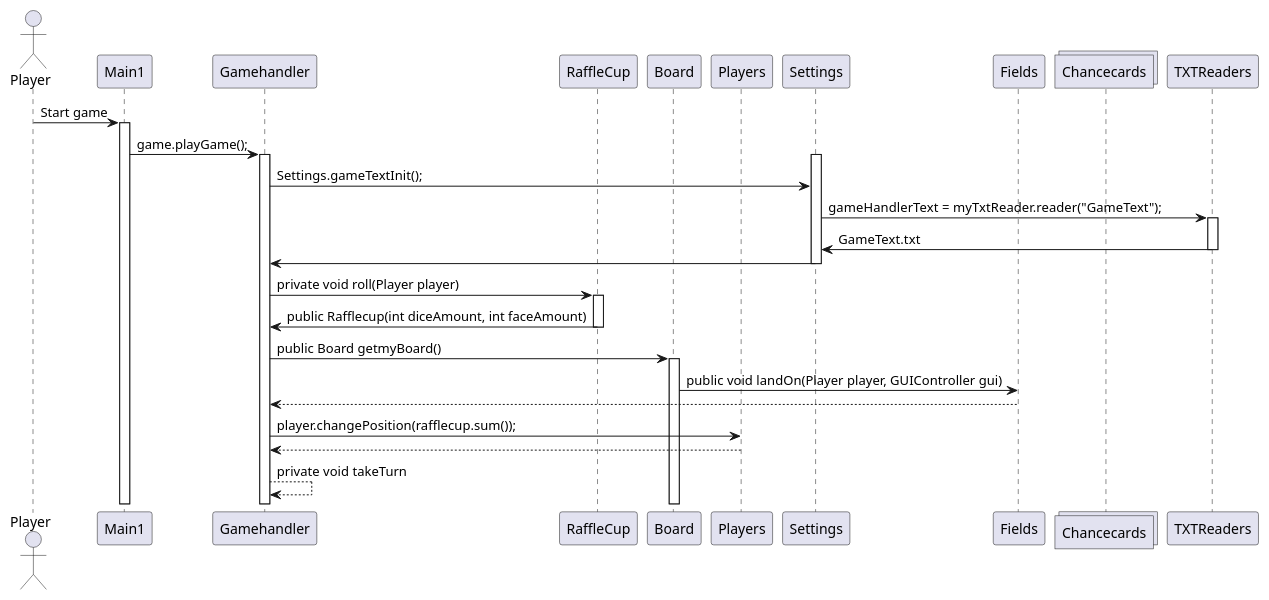
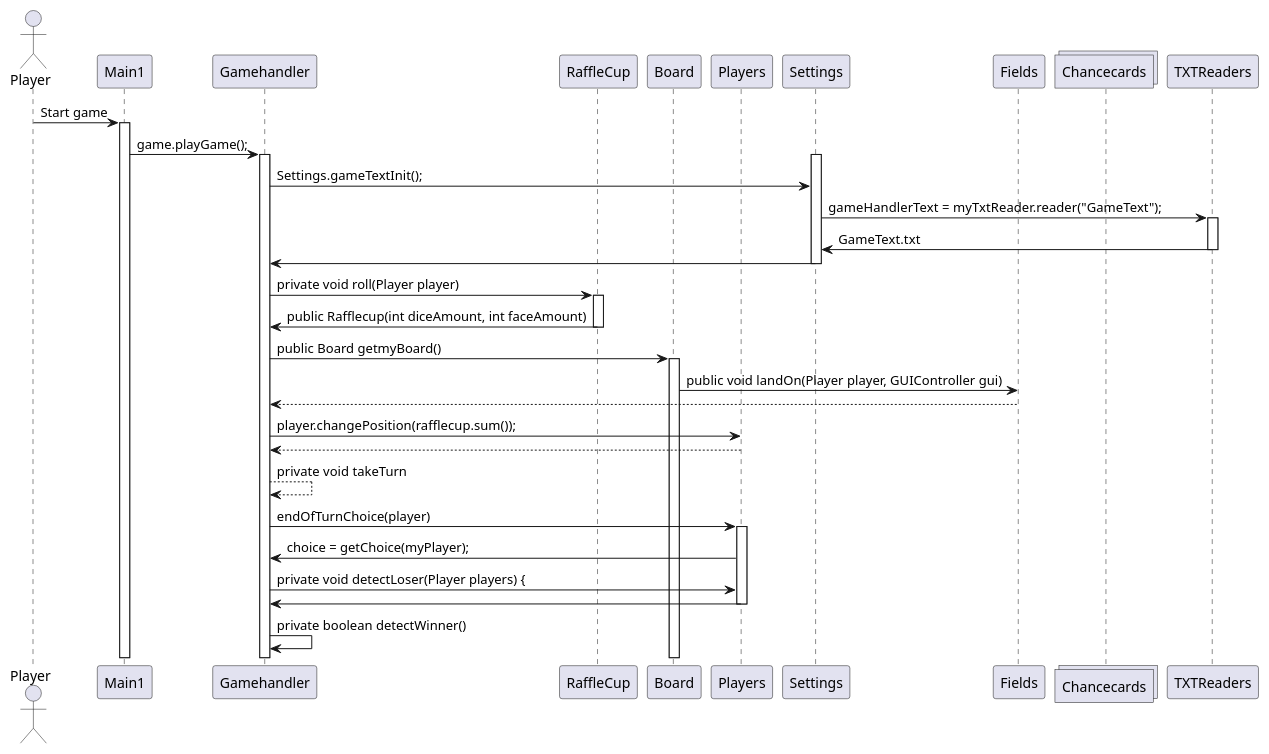
One commit to christianhyltoft/GAMEassignment changed the diagram in UML/Activity/SequenceDiagram.puml. Above: the diagram before and after it, drawn with PlantUML.

Commit message:
Sequence Diagram updated

```diff
--- a/UML/Activity/SequenceDiagram.puml
+++ b/UML/Activity/SequenceDiagram.puml
@@ -1,44 +1,51 @@
 @startuml
 'https://plantuml.com/sequence-diagram
 
 
 Actor Player
 Player -> Main1 : Start game
 activate Main1
 
 Main1 -> Gamehandler : game.playGame();
 activate Gamehandler
 activate Settings
 Gamehandler -> Settings : Settings.gameTextInit();
 Settings -> TXTReaders : gameHandlerText = myTxtReader.reader("GameText");
 activate TXTReaders
 
 TXTReaders -> Settings : GameText.txt
 deactivate TXTReaders
 Settings -> Gamehandler
 deactivate Settings
 Gamehandler -> RaffleCup: private void roll(Player player)
 activate RaffleCup
 RaffleCup -> Gamehandler : public Rafflecup(int diceAmount, int faceAmount)
 deactivate RaffleCup
 
 Gamehandler -> Board :  public Board getmyBoard()
 activate Board
 Board -> Fields : public void landOn(Player player, GUIController gui)
 Fields --> Gamehandler :
 Gamehandler -> Players : player.changePosition(rafflecup.sum());
 Players --> Gamehandler :
 Gamehandler --> Gamehandler : private void takeTurn
+Gamehandler -> Players :  endOfTurnChoice(player)
+activate Players
 
+Players -> Gamehandler : choice = getChoice(myPlayer);
 
+Gamehandler -> Players : private void detectLoser(Player players) {
+Players -> Gamehandler
+deactivate Players
+Gamehandler -> Gamehandler : private boolean detectWinner()
 
 Participant RaffleCup
 Participant Board
 Participant Players
 Participant Settings
 Collections Fields
 Collections Chancecards
 Collections TXTReaders
 
 
 @enduml
```
